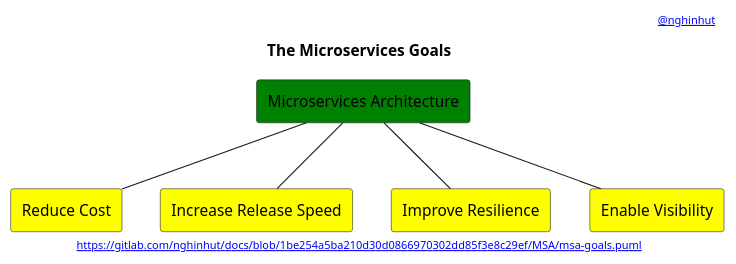
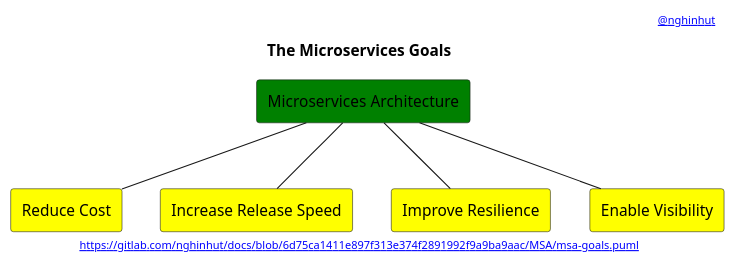
Before and after one commit to nghinhut/docs: the diagram in MSA/msa-goals.puml, drawn with PlantUML. The commit also changed 23 other files, not shown here.

Commit message:
Update diagrams

```diff
--- a/MSA/msa-goals.puml
+++ b/MSA/msa-goals.puml
@@ -1,23 +1,23 @@
 @startuml
 '-----START auto generated metadata please keep comment here to allow auto update-----
 '-----DON'T EDIT THIS SECTION, INSTEAD RE-RUN prebuild.sh TO UPDATE-----
-header [[https://www.nghinhut.dev?from=http%5C%3A%5C%2F%5C%2Fwww%5C.plantuml%5C.com%5C%2Fplantuml%5C%2Fproxy%3Ffmt%3Dsvg%5C%26src%3Dhttps%5C%3A%5C%2F%5C%2Fgitlab%5C.com%5C%2Fnghinhut%5C%2Fdocs%5C%2Fraw%5C%2F1be254a5ba210d30d0866970302dd85f3e8c29ef%5C%2FMSA%5C%2Fmsa-goals%5C.puml%0A @nghinhut]]
-footer [[http://www.plantuml.com/plantuml/proxy?fmt=svg&src=https://gitlab.com/nghinhut/docs/raw/1be254a5ba210d30d0866970302dd85f3e8c29ef/MSA/msa-goals.puml https://gitlab.com/nghinhut/docs/blob/1be254a5ba210d30d0866970302dd85f3e8c29ef/MSA/msa-goals.puml]]
+header [[https://www.nghinhut.dev?from=http%5C%3A%5C%2F%5C%2Fwww%5C.plantuml%5C.com%5C%2Fplantuml%5C%2Fproxy%3Ffmt%3Dsvg%5C%26src%3Dhttps%5C%3A%5C%2F%5C%2Fgitlab%5C.com%5C%2Fnghinhut%5C%2Fdocs%5C%2Fraw%5C%2F6d75ca1411e897f313e374f2891992f9a9ba9aac%5C%2FMSA%5C%2Fmsa-goals%5C.puml%0A @nghinhut]]
+footer [[http://www.plantuml.com/plantuml/proxy?fmt=svg&src=https://gitlab.com/nghinhut/docs/raw/6d75ca1411e897f313e374f2891992f9a9ba9aac/MSA/msa-goals.puml https://gitlab.com/nghinhut/docs/blob/6d75ca1411e897f313e374f2891992f9a9ba9aac/MSA/msa-goals.puml]]
 '-----END auto generated metadata please keep comment here to allow auto update-----
 title The Microservices Goals
 
 rectangle "Microservices Architecture" as msa #green
 
 rectangle "Reduce Cost" as goal1 #yellow
 rectangle "Increase Release Speed" as goal2 #yellow
 rectangle "Improve Resilience" as goal3 #yellow
 rectangle "Enable Visibility" as goal4 #yellow
 
 msa -- goal1
 msa -- goal2
 msa -- goal3
 msa -- goal4
 
 
 
 @enduml
```
